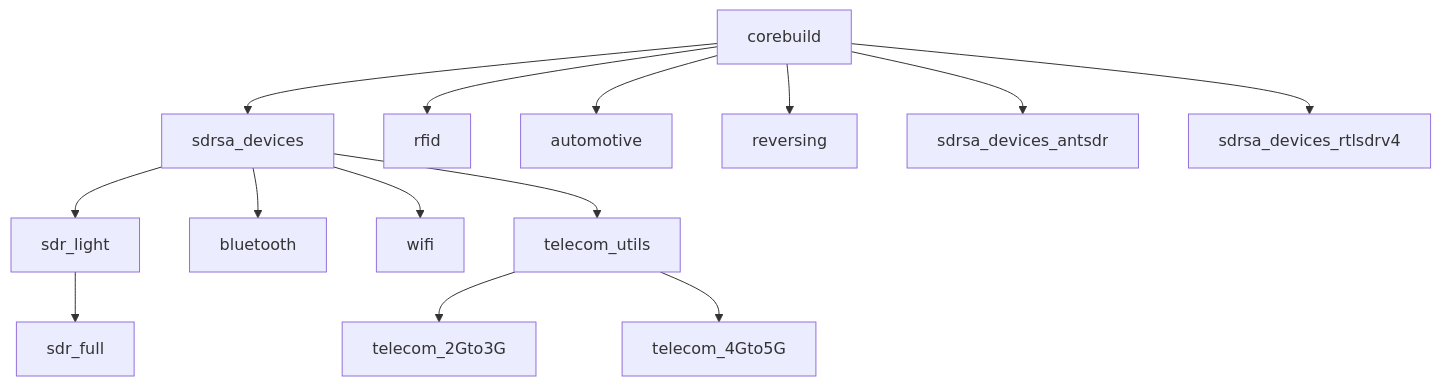
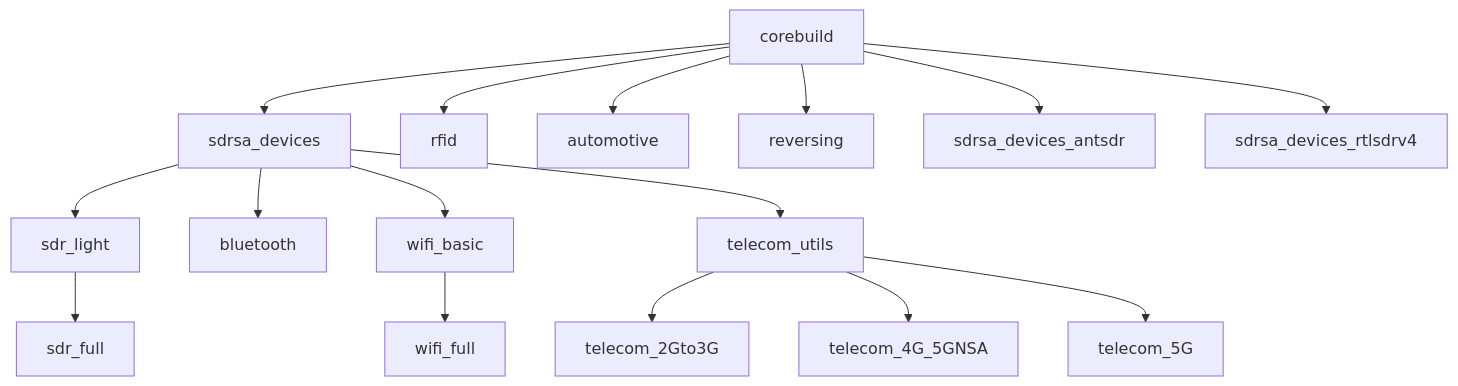
Before and after one commit to PentHertz/rfswift-doc-v2: the diagram in content/docs/guide/list-of-images.md, drawn with Mermaid. The commit also changed 4 other files, not shown here.

````diff
--- a/content/docs/guide/list-of-images.md
+++ b/content/docs/guide/list-of-images.md
@@ -61,16 +61,18 @@
 ```mermaid
 graph TD;
     A[corebuild]-->B[sdrsa_devices];
     A-->C[rfid];
     A-->D[automotive];
     A-->E[reversing];
     A-->F[sdrsa_devices_antsdr];
     A-->G[sdrsa_devices_rtlsdrv4];
     B[sdrsa_devices]-->H[sdr_light];
     B[sdrsa_devices]-->I[bluetooth];
-    B[sdrsa_devices]-->J[wifi];
+    B[sdrsa_devices]-->J[wifi_basic];
     B[sdrsa_devices]-->L[telecom_utils];
     L-->M[telecom_2Gto3G];
-    L-->N[telecom_4Gto5G];
+    L-->N[telecom_4G_5GNSA];
+    L-->O[telecom_5G];
+    J-->P[wifi_full];
     H-->K[sdr_full]
 ```
````
